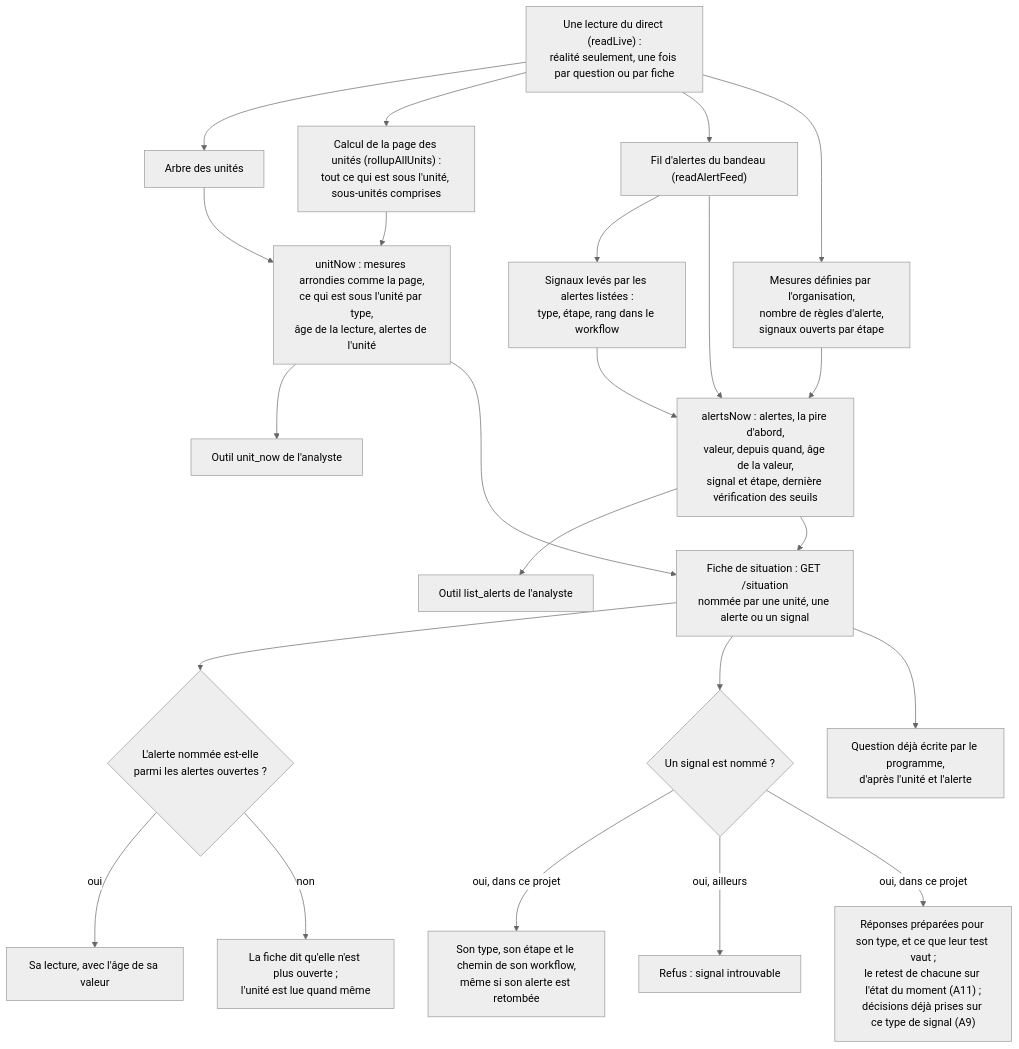
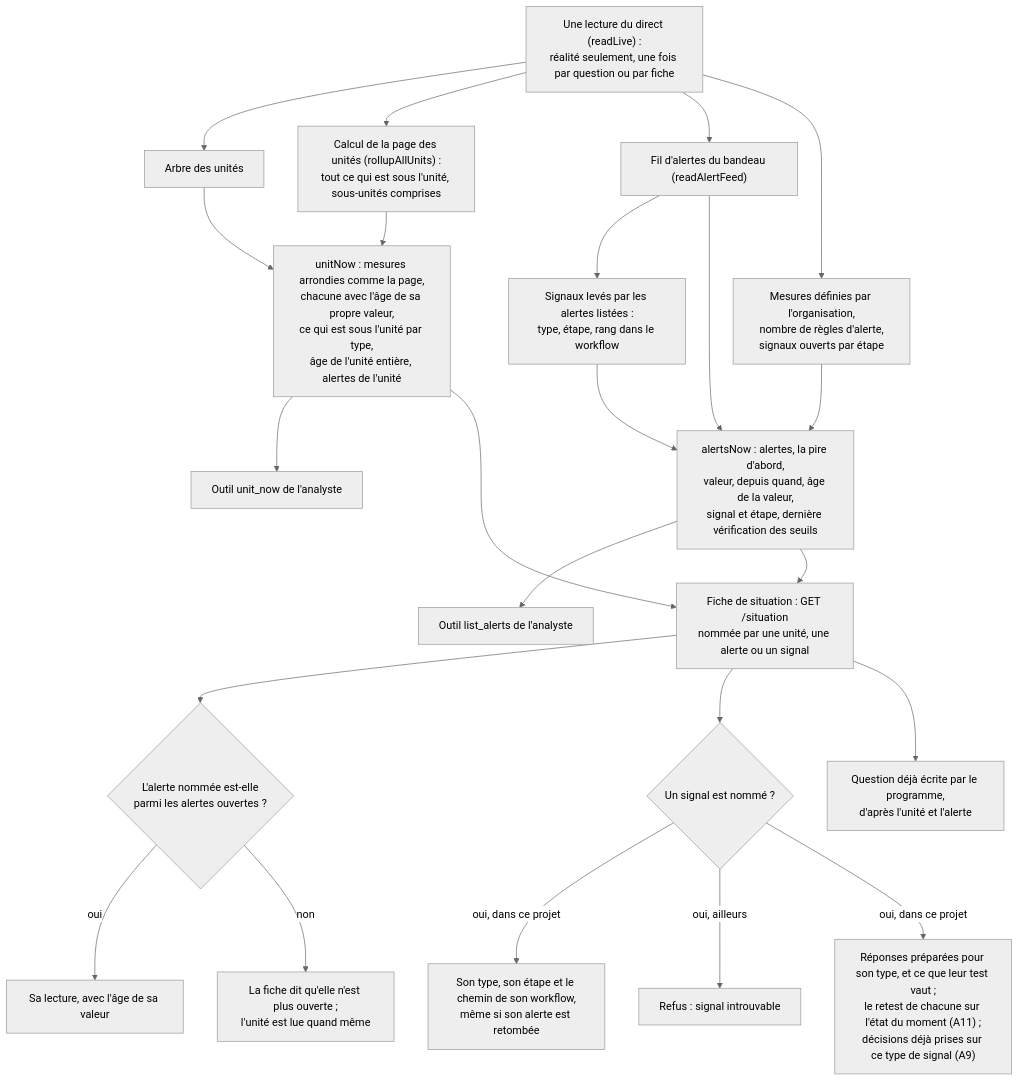
One commit to V1ktor7/obscyro changed diagram 33 of 34 in docs/algorithms.md. Above: the diagram before and after it, drawn with Mermaid (neutral theme). The commit also changed other lines of this file and 34 other files, not shown here.

````diff
--- a/docs/algorithms.md
+++ b/docs/algorithms.md
@@ -1040,25 +1067,25 @@
 ```mermaid
 flowchart TD
     A["Une lecture du direct (readLive) :<br/>réalité seulement, une fois par question ou par fiche"] --> B["Arbre des unités"]
     A --> C["Calcul de la page des unités (rollupAllUnits) :<br/>tout ce qui est sous l'unité, sous-unités comprises"]
     A --> D["Fil d'alertes du bandeau (readAlertFeed)"]
     A --> E["Mesures définies par l'organisation,<br/>nombre de règles d'alerte,<br/>signaux ouverts par étape"]
     D --> F["Signaux levés par les alertes listées :<br/>type, étape, rang dans le workflow"]
-    B --> G["unitNow : mesures arrondies comme la page,<br/>ce qui est sous l'unité par type,<br/>âge de la lecture, alertes de l'unité"]
+    B --> G["unitNow : mesures arrondies comme la page,<br/>chacune avec l'âge de sa propre valeur,<br/>ce qui est sous l'unité par type,<br/>âge de l'unité entière, alertes de l'unité"]
     C --> G
     D --> H["alertsNow : alertes, la pire d'abord,<br/>valeur, depuis quand, âge de la valeur,<br/>signal et étape, dernière vérification des seuils"]
     E --> H
     F --> H
     G --> I["Outil unit_now de l'analyste"]
     H --> J["Outil list_alerts de l'analyste"]
     G --> K["Fiche de situation : GET /situation<br/>nommée par une unité, une alerte ou un signal"]
     H --> K
     K --> L{"L'alerte nommée est-elle<br/>parmi les alertes ouvertes ?"}
     L -->|"oui"| M["Sa lecture, avec l'âge de sa valeur"]
     L -->|"non"| N["La fiche dit qu'elle n'est plus ouverte ;<br/>l'unité est lue quand même"]
     K --> O{"Un signal est nommé ?"}
     O -->|"oui, dans ce projet"| P["Son type, son étape et le chemin de son workflow,<br/>même si son alerte est retombée"]
     O -->|"oui, ailleurs"| Q["Refus : signal introuvable"]
     K --> R["Question déjà écrite par le programme,<br/>d'après l'unité et l'alerte"]
     O -->|"oui, dans ce projet"| S["Réponses préparées pour son type, et ce que leur test vaut ;<br/>le retest de chacune sur l'état du moment (A11) ;<br/>décisions déjà prises sur ce type de signal (A9)"]
 ```
````
